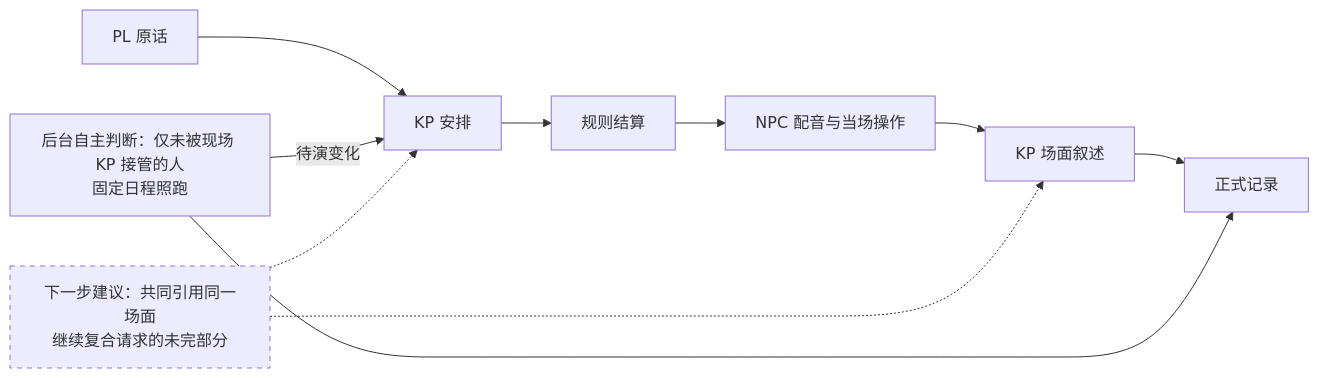
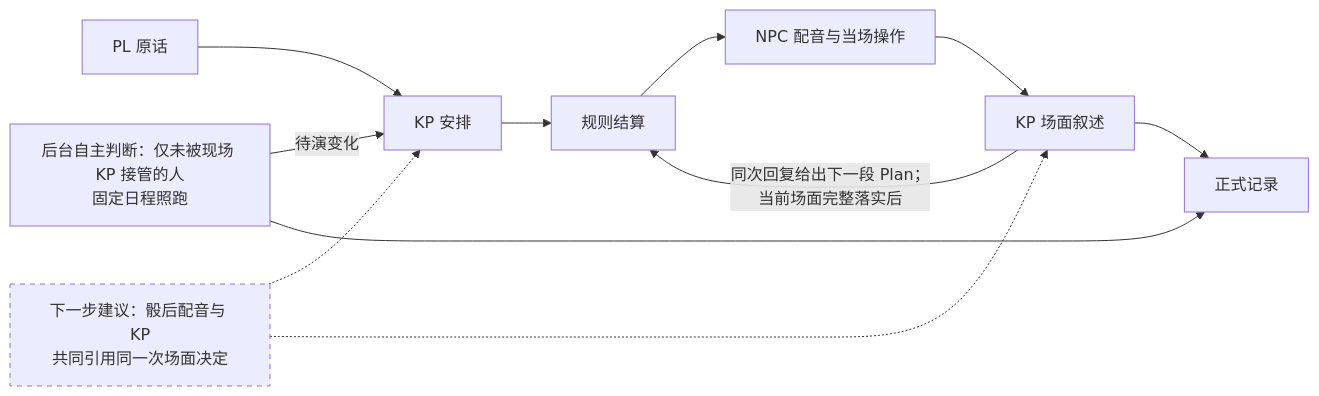
One commit to satoshinji2992/autokeeper changed the diagram in docs/harness-playtest-decisions-2026-10-23.md. Above: the diagram before and after it, drawn with Mermaid. The commit also changed other lines of this file and 23 other files, not shown here.

````diff
--- a/docs/harness-playtest-decisions-2026-10-23.md
+++ b/docs/harness-playtest-decisions-2026-10-23.md
@@ -18,14 +18,15 @@
 ```mermaid
 flowchart LR
     PL[PL 原话] --> P[KP 安排]
     P --> R[规则结算]
     R --> N[NPC 配音与当场操作]
     N --> K[KP 场面叙述]
     K --> W[正式记录]
+    K -->|同次回复给出下一段 Plan；当前场面完整落实后| R
     B[后台自主判断：仅未被现场 KP 接管的人<br/>固定日程照跑] -->|待演变化| P
     B --> W
-    S[下一步建议：共同引用同一场面<br/>继续复合请求的未完部分] -.-> P
+    S[下一步建议：骰后配音与 KP<br/>共同引用同一次场面决定] -.-> P
     S -.-> K
     classDef proposed stroke-dasharray:5 5;
     class S proposed;
 ```
````
